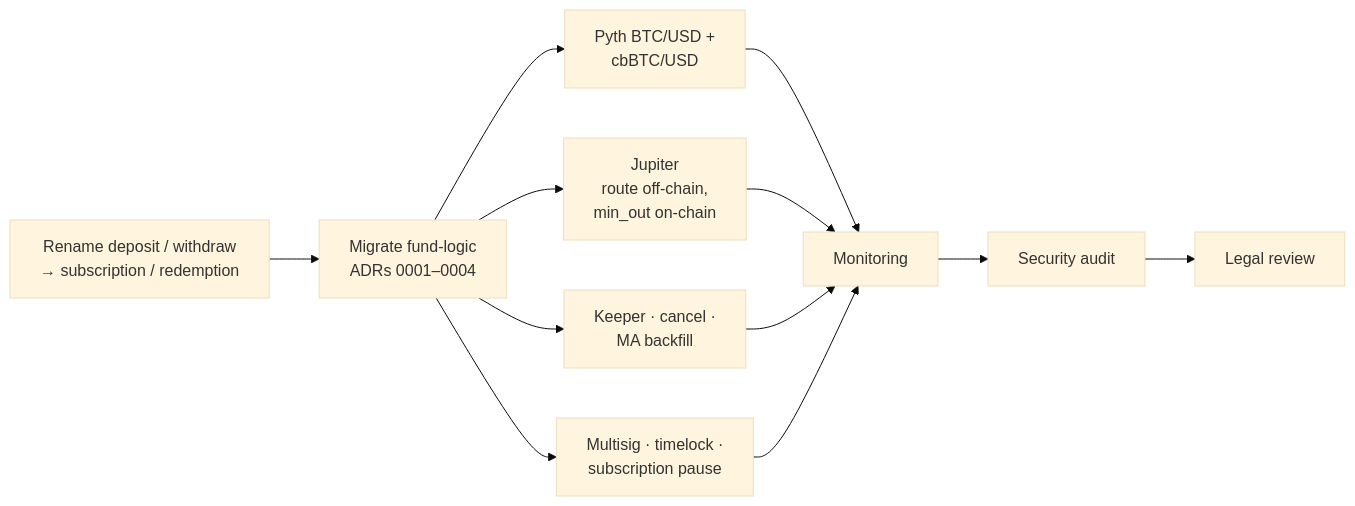
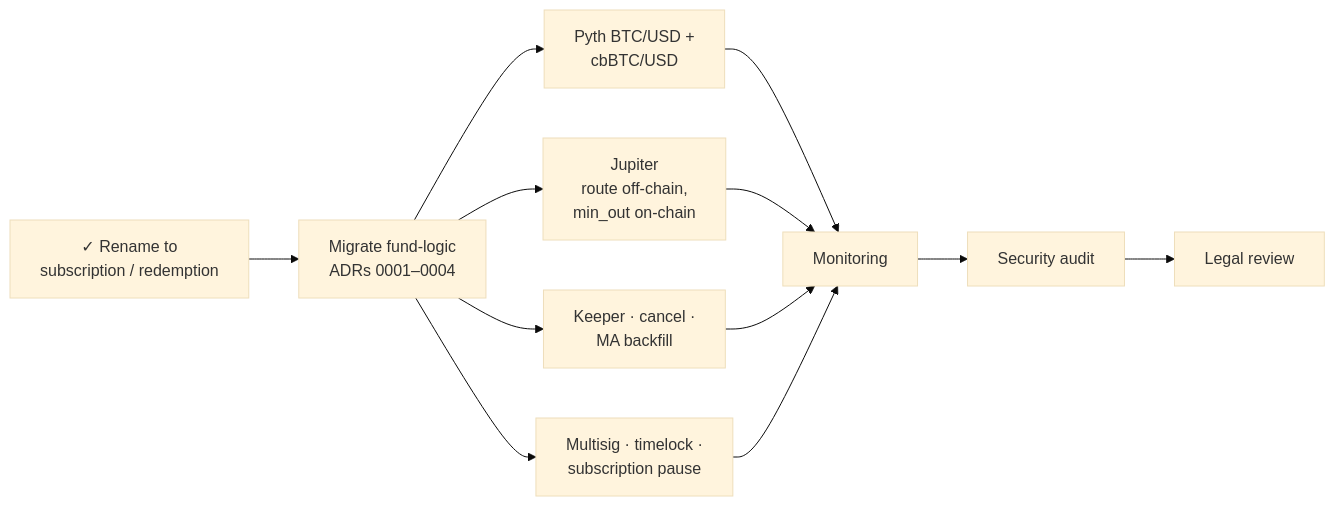
Diagram 14 of 14 in README.md (0xnex/tide), drawn with Mermaid (base theme) before and after one commit. The commit also changed other lines of this file and 5 other files, not shown here.

First line of the commit message:
refactor: rename deposit/withdraw to subscription/redemption

````diff
--- a/README.md
+++ b/README.md
@@ -313,8 +313,8 @@
 ```mermaid
 flowchart LR
-  A["Rename deposit / withdraw<br/>→ subscription / redemption"] --> B["Migrate fund-logic<br/>ADRs 0001–0004"]
+  A["✓ Rename to<br/>subscription / redemption"] --> B["Migrate fund-logic<br/>ADRs 0001–0004"]
   B --> C["Pyth BTC/USD +<br/>cbBTC/USD"] & D["Jupiter<br/>route off-chain,<br/>min_out on-chain"]
   B --> E["Keeper · cancel ·<br/>MA backfill"]
   B --> F["Multisig · timelock ·<br/>subscription pause"]
   C & D & E & F --> G["Monitoring"] --> H["Security audit"] --> I["Legal review"]
 ```
````
